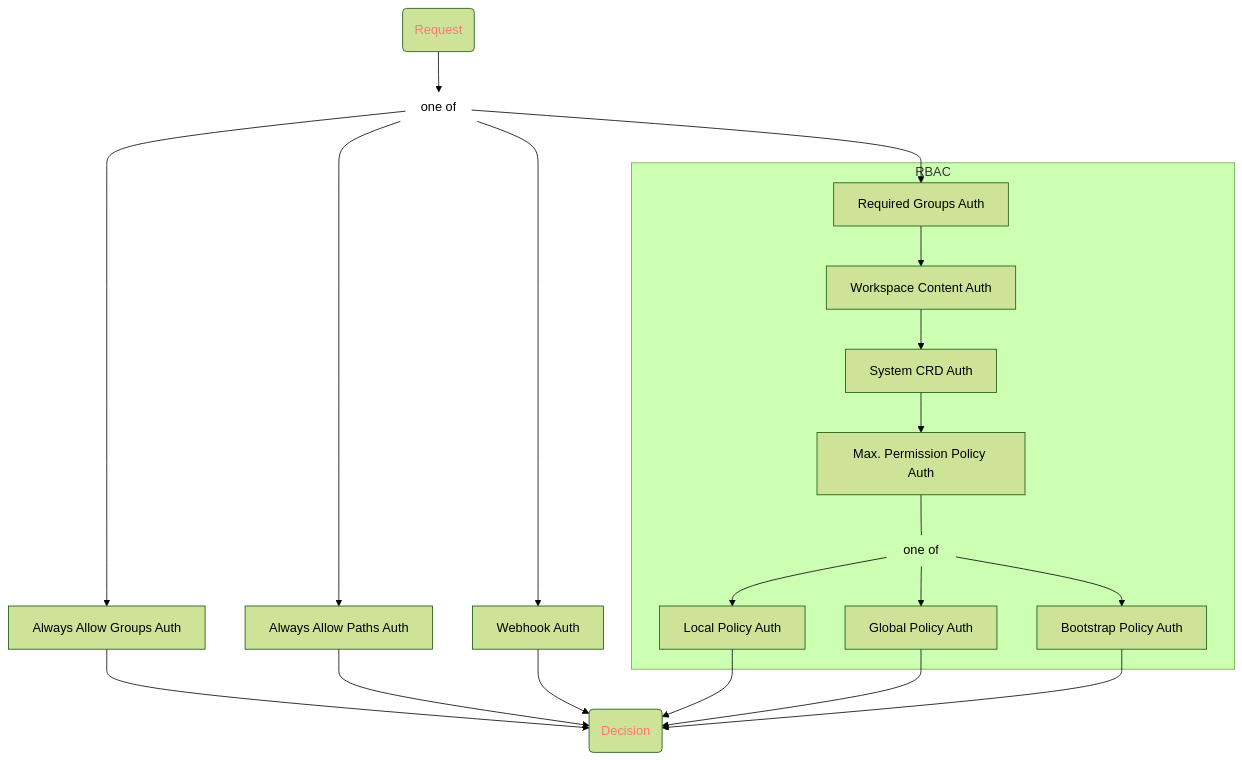
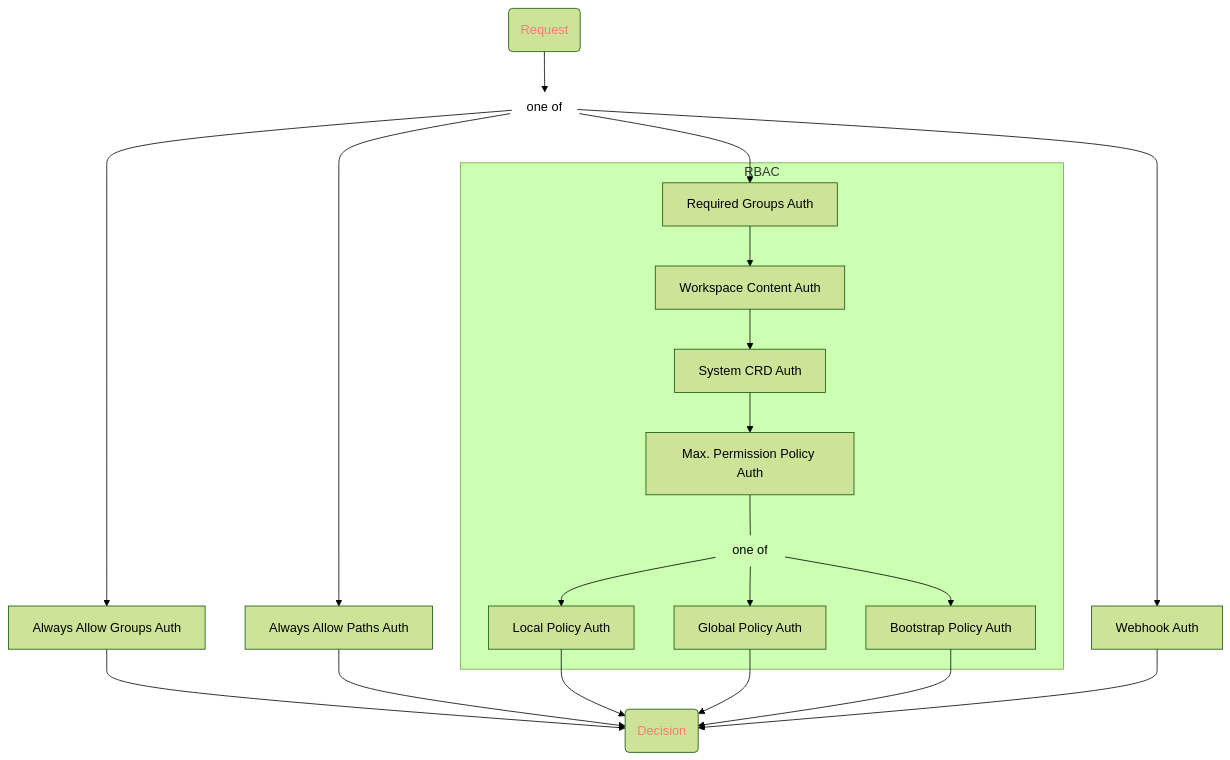
One commit to kcp-dev/kcp changed the diagram in docs/content/concepts/authorization/authorizers.md. Above: the diagram before and after it, drawn with Mermaid (forest theme). The commit also changed other lines of this file and 1 other file, not shown here.

First line of the commit message:
swap webhook and rbac authorizers and add auth order documentation

````diff
--- a/docs/content/concepts/authorization/authorizers.md
+++ b/docs/content/concepts/authorization/authorizers.md
@@ -17,30 +16,31 @@
 ``` mermaid
 graph TD
     start(Request):::state --> main_alt[/one of\]:::or
     main_alt --> aaga[Always Allow Groups Auth]
     main_alt --> aapa[Always Allow Paths Auth]
+    main_alt --> rga[Required Groups Auth]
     main_alt --> wa[Webhook Auth]
-    main_alt --> rga[Required Groups Auth]
+
 
     aaga --> decision(Decision):::state
     aapa --> decision
-    wa --> decision
 
     subgraph "RBAC"
     rga --> wca[Workspace Content Auth]
     wca --> scrda[System CRD Auth]
     scrda --> mppa[Max. Permission Policy Auth]
 
     mppa --- mppa_alt[/one of\]:::or
     mppa_alt --> lpa[Local Policy Auth]
     mppa_alt --> gpa[Global Policy Auth]
     mppa_alt --> bpa[Bootstrap Policy Auth]
     end
 
     lpa --> decision
     gpa --> decision
     bpa --> decision
+    wa --> decision
 
     classDef state color:#F77
     classDef or fill:none,stroke:none
 ```
````
